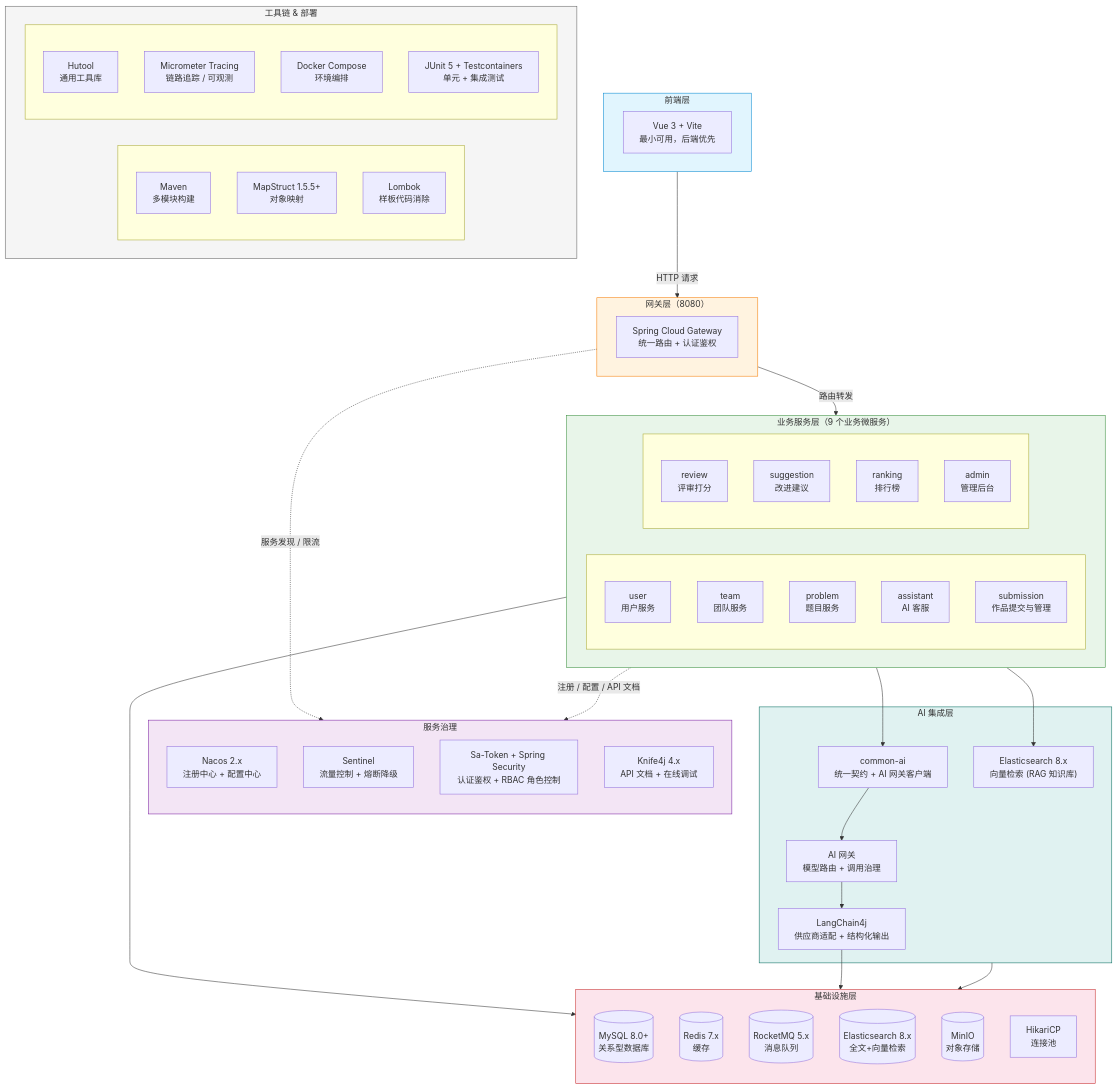
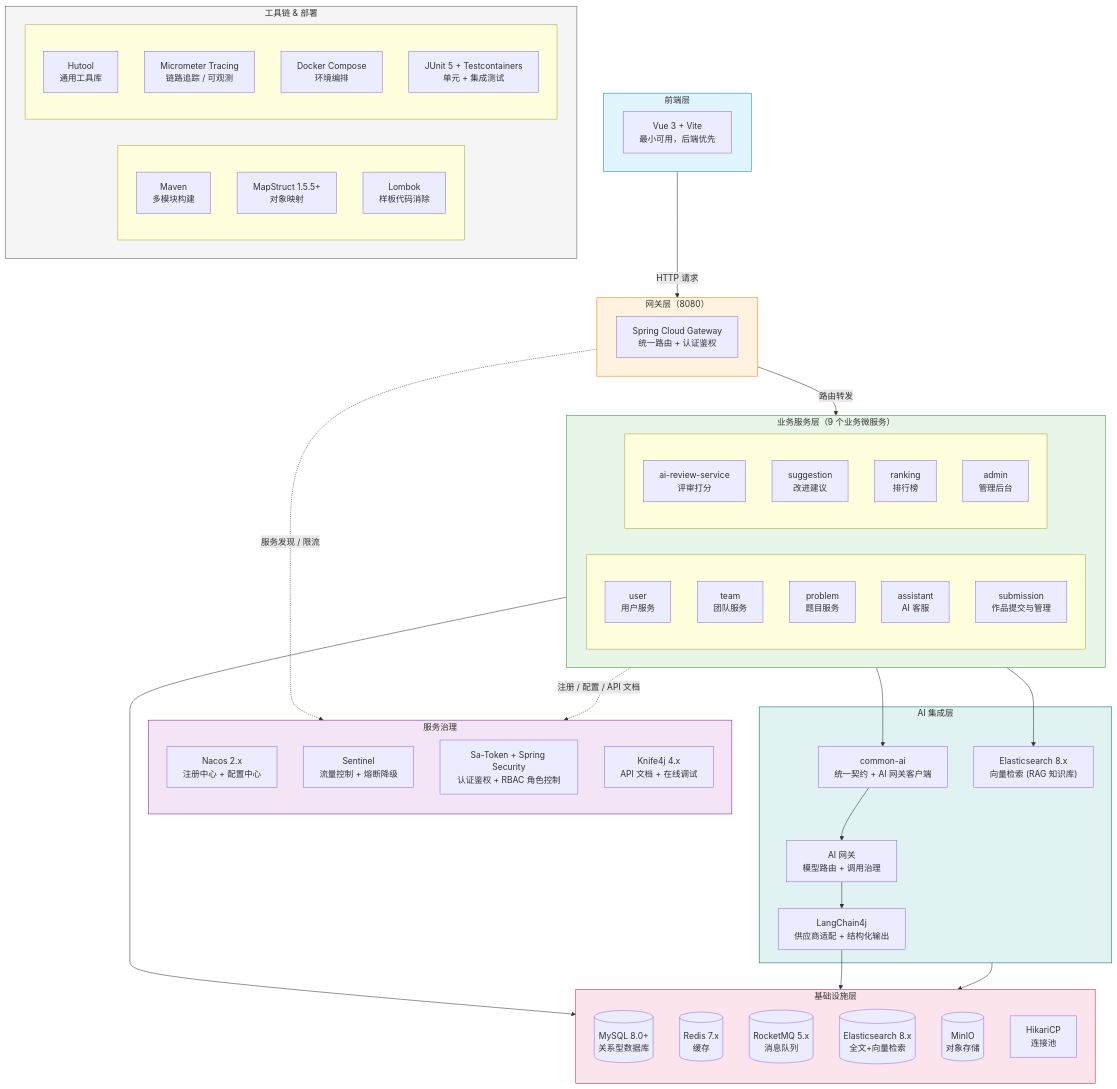
One commit to Dorian7Alden/LeetModel changed the diagram in docs/project/02-架构设计/技术栈选型.md. Above: the diagram before and after it, drawn with Mermaid. The commit also changed other lines of this file and 28 other files, not shown here.

```diff
--- a/docs/project/02-架构设计/技术栈选型.md
+++ b/docs/project/02-架构设计/技术栈选型.md
@@ -36,7 +36,7 @@
         end
         
         subgraph Services2["&nbsp;"]
-            REVIEW["review<br/>评审打分"]
+            REVIEW["ai-review-service<br/>评审打分"]
             SUGGESTION["suggestion<br/>改进建议"]
             RANKING["ranking<br/>排行榜"]
             ADMIN["admin<br/>管理后台"]
```
